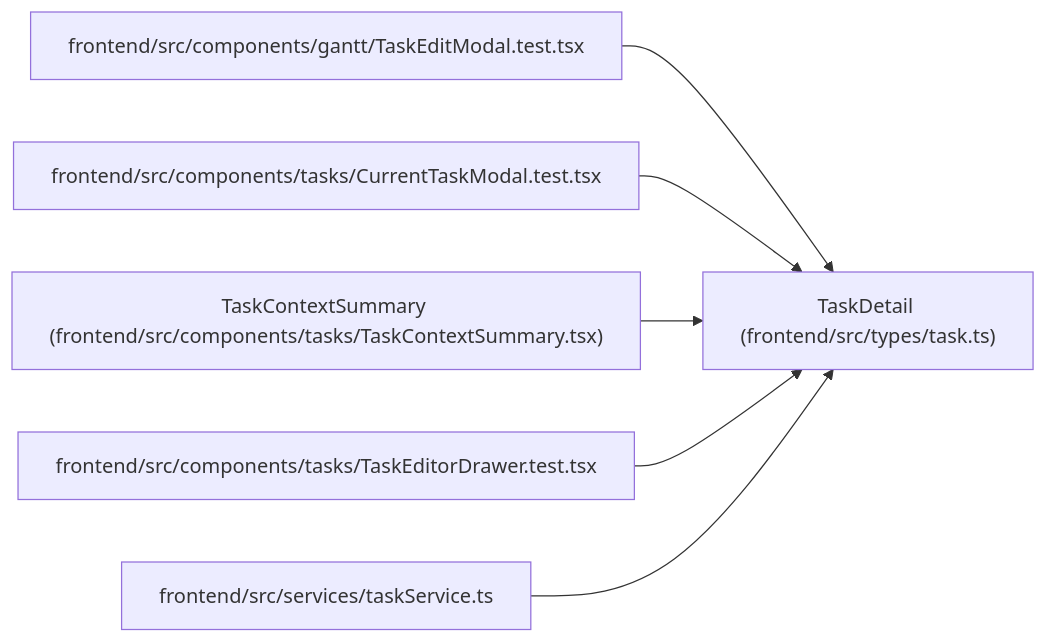
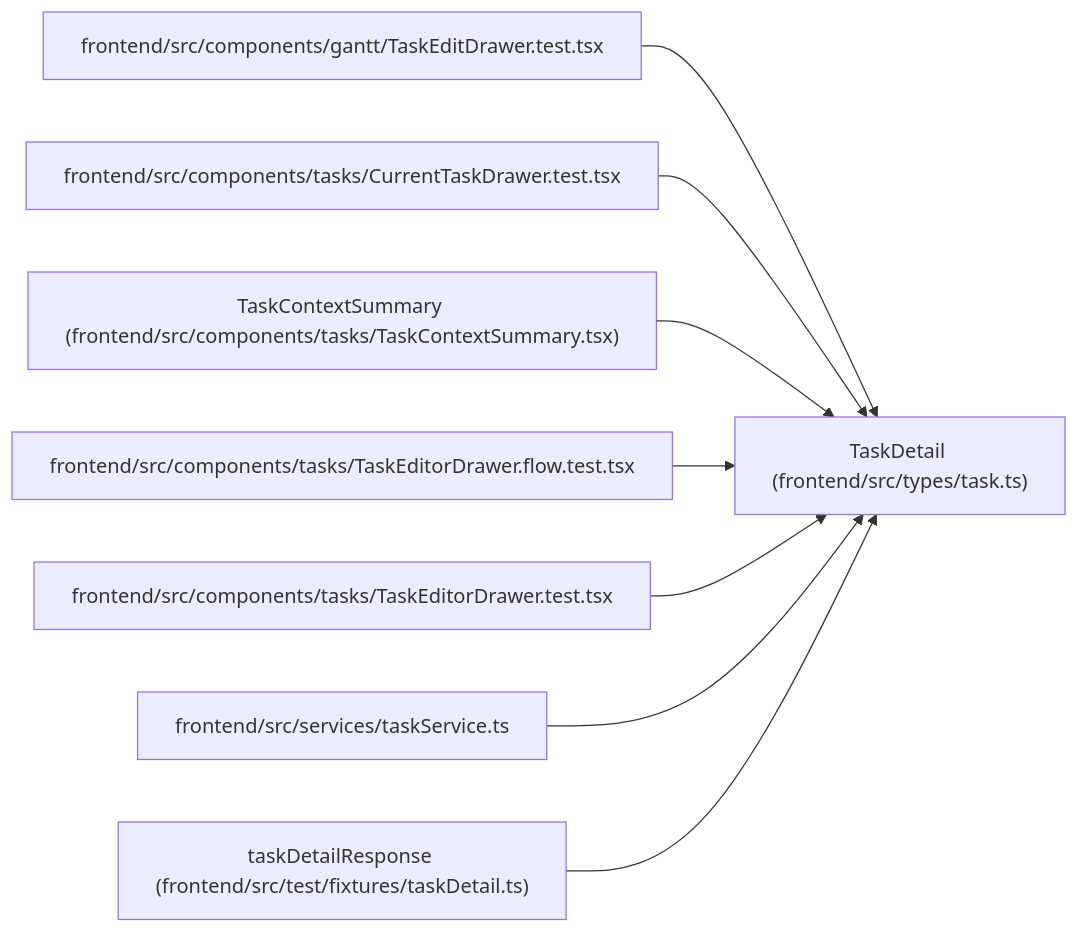
One commit to Denissvgn/WorkChord changed the diagram in docs/llm_wiki/entities/TaskDetail.md. Above: the diagram before and after it, drawn with Mermaid. The commit also changed other lines of this file and 2373 other files, not shown here.

````diff
--- a/docs/llm_wiki/entities/TaskDetail.md
+++ b/docs/llm_wiki/entities/TaskDetail.md
@@ -31,20 +31,26 @@
 ```mermaid
 flowchart LR
     n0["TaskDetail (frontend/src/types/task.ts)"]
-    n1["frontend/src/components/gantt/TaskEditModal.test.tsx"]
-    n2["frontend/src/components/tasks/CurrentTaskModal.test.tsx"]
+    n1["frontend/src/components/gantt/TaskEditDrawer.test.tsx"]
+    n2["frontend/src/components/tasks/CurrentTaskDrawer.test.tsx"]
     n3["TaskContextSummary (frontend/src/components/tasks/TaskContextSummary.tsx)"]
-    n4["frontend/src/components/tasks/TaskEditorDrawer.test.tsx"]
-    n5["frontend/src/services/taskService.ts"]
+    n4["frontend/src/components/tasks/TaskEditorDrawer.flow.test.tsx"]
+    n5["frontend/src/components/tasks/TaskEditorDrawer.test.tsx"]
+    n6["frontend/src/services/taskService.ts"]
+    n7["taskDetailResponse (frontend/src/test/fixtures/taskDetail.ts)"]
     n1 --> n0
     n2 --> n0
     n3 --> n0
     n4 --> n0
     n5 --> n0
+    n6 --> n0
+    n7 --> n0
     click n0 "../modules/types_task.md"
-    click n1 "../modules/TaskEditModal.test.md"
-    click n2 "../modules/CurrentTaskModal.test.md"
+    click n1 "../modules/TaskEditDrawer.test.md"
+    click n2 "../modules/CurrentTaskDrawer.test.md"
     click n3 "../modules/TaskContextSummary.md"
-    click n4 "../modules/TaskEditorDrawer.test.md"
-    click n5 "../modules/taskService.md"
+    click n4 "../modules/TaskEditorDrawer.flow.test.md"
+    click n5 "../modules/TaskEditorDrawer.test.md"
+    click n6 "../modules/taskService.md"
+    click n7 "../modules/taskDetail.md"
 ```
````
